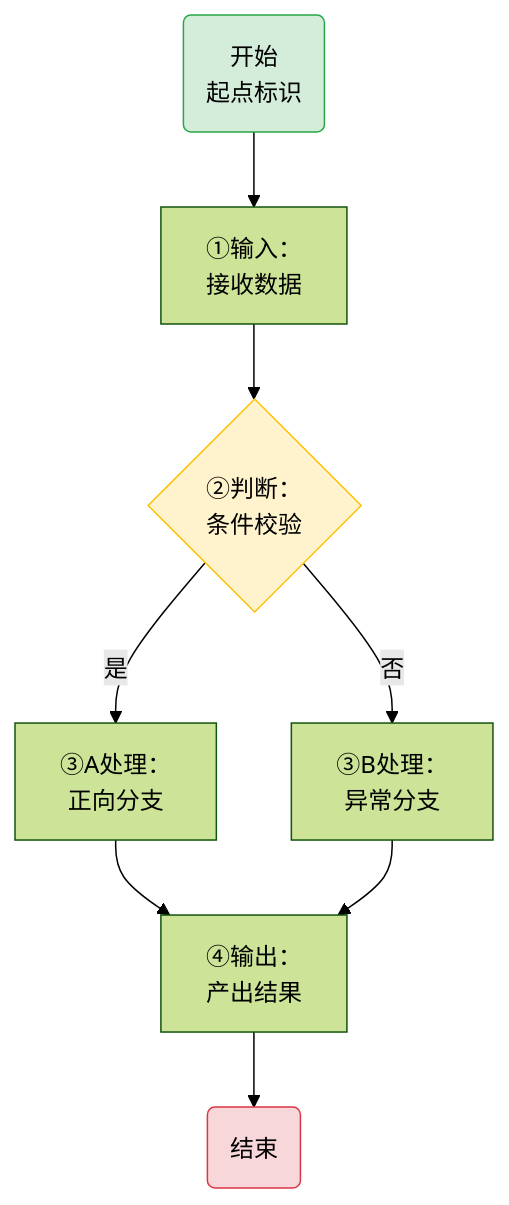
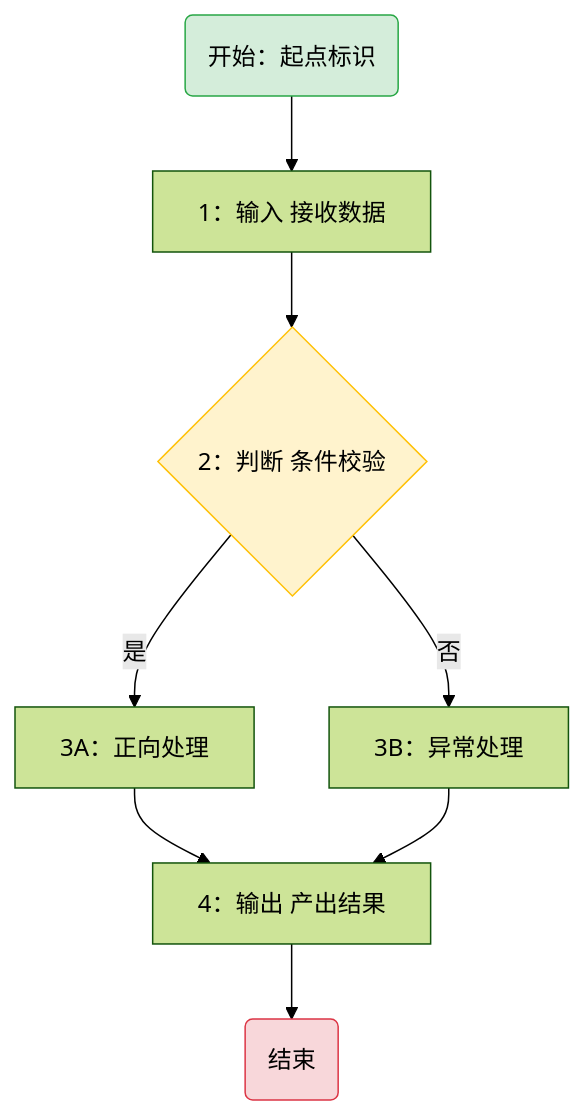
One commit to xinetzone/SpecWeave changed the first of 3 diagrams in .agents/templates/mermaid-templates/safe-starter.md. Above: the diagram before and after it, drawn with Mermaid (forest theme). The commit also changed other lines of this file and 41 other files, not shown here.

First line of the commit message:
feat(mermaid): CI历史债务ratchet基线门禁与节点文本单行化策略

````diff
--- a/.agents/templates/mermaid-templates/safe-starter.md
+++ b/.agents/templates/mermaid-templates/safe-starter.md
@@ -13,25 +13,25 @@
 ```mermaid
 %% ============================================================
 %% ⚠️ MERMAID 安全编码六规则（填写时对照检查，完成后可删除此段）
 %% ============================================================
 %% ① 禁止空行：代码块内严禁空行（含仅空格的行），空行会导致解析中断
 %% ② 文本加引号：含中文/特殊字符/空格的节点/标签/subgraph标题，一律双引号包裹
 %% ②b避免列表：节点文本内禁止 "数字. 空格"、"- 空格"、"* 空格" 开头（如"1. 步骤"→改"1：步骤"）
-%% ②c换行用<br/>：节点内换行统一用 <br/>，禁止 \n（\n 在flowchart/stateDiagram中不会换行）
+%% ②c保持单行：节点与标签文本用空格分隔，不使用 <br/> 或 \n
 %% ③ Subgraph安全格式：subgraph EN_ID ["中文标题"]，ID为纯英文标识符
 %% ④ 边标签格式：-->|"标签"|目标，中文标签双引号包裹，标签与箭头间无空格
 %% ⑤ 完成后运行：python .agents/scripts/check-mermaid.py --fix 自动检测修复
 %% ============================================================
 flowchart TB
-    START("开始<br/>起点标识") --> INPUT["①输入：<br/>接收数据"]
-    INPUT --> CHECK{"②判断：<br/>条件校验"}
-    CHECK -->|"是"| PROCESS_A["③A处理：<br/>正向分支"]
-    CHECK -->|"否"| PROCESS_B["③B处理：<br/>异常分支"]
-    PROCESS_A --> OUTPUT["④输出：<br/>产出结果"]
+    START("开始：起点标识") --> INPUT["1：输入 接收数据"]
+    INPUT --> CHECK{"2：判断 条件校验"}
+    CHECK -->|"是"| PROCESS_A["3A：正向处理"]
+    CHECK -->|"否"| PROCESS_B["3B：异常处理"]
+    PROCESS_A --> OUTPUT["4：输出 产出结果"]
     PROCESS_B --> OUTPUT
     OUTPUT --> FINISH("结束")
     %% 样式定义（style语句前禁止空行）
     style START fill:#d4edda,stroke:#28a745,color:#000
     style FINISH fill:#f8d7da,stroke:#dc3545,color:#000
     style CHECK fill:#fff3cd,stroke:#ffc107,color:#000
 ```
````
